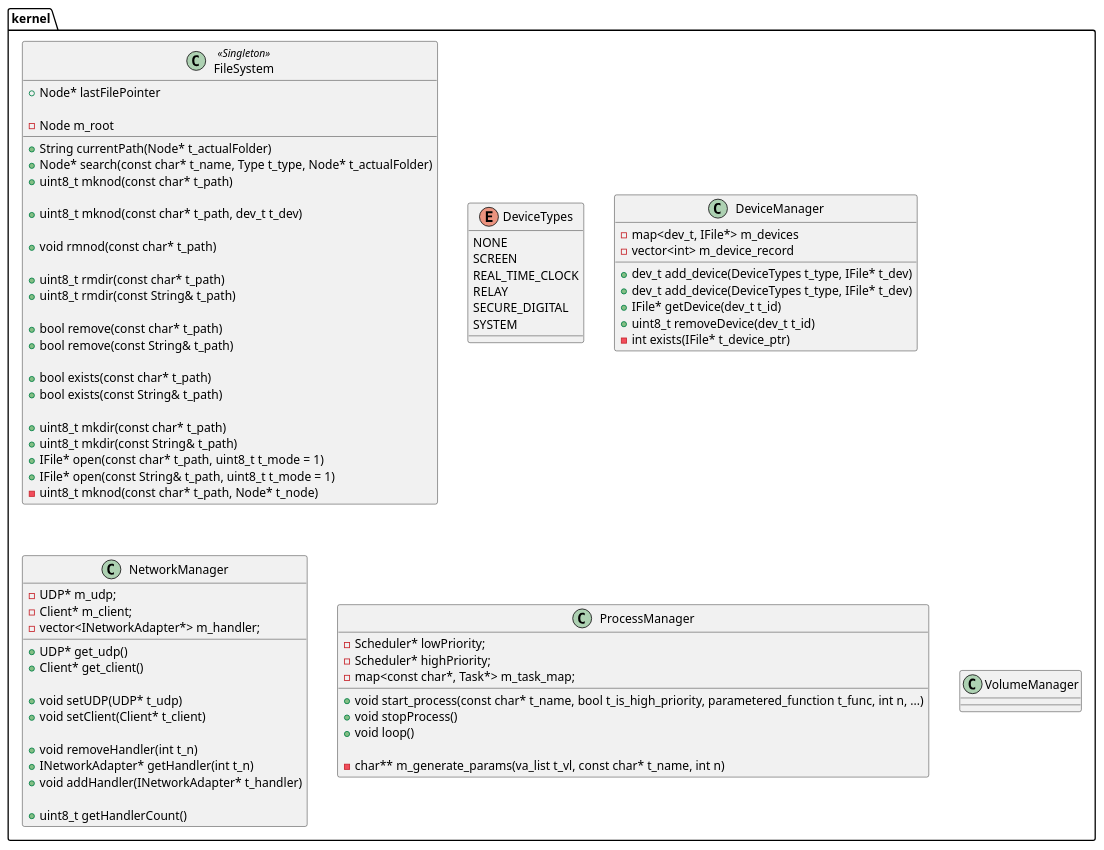
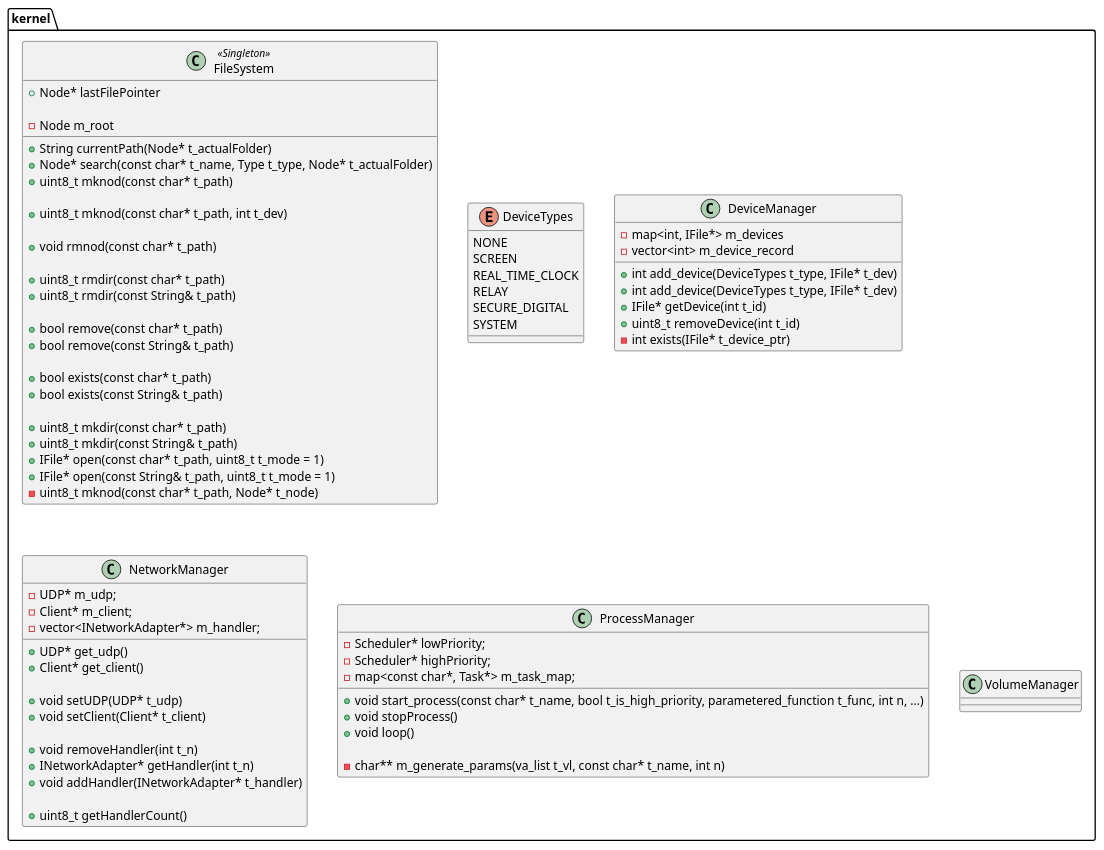
Before and after one commit to Patrik119HUN/HomeEmbeddedOs: the diagram in kernel.puml, drawn with PlantUML. The commit also changed 5 other files, not shown here.

```diff
--- a/kernel.puml
+++ b/kernel.puml
@@ -1,81 +1,81 @@
 @startuml Kernel
 package "kernel"{
     class FileSystem << Singleton >>{
         + String currentPath(Node* t_actualFolder)
         + Node* search(const char* t_name, Type t_type, Node* t_actualFolder)
         + uint8_t mknod(const char* t_path)
 
-        + uint8_t mknod(const char* t_path, dev_t t_dev)
+        + uint8_t mknod(const char* t_path, int t_dev)
 
         + void rmnod(const char* t_path)
 
         + uint8_t rmdir(const char* t_path)
         + uint8_t rmdir(const String& t_path)
 
         + bool remove(const char* t_path)
         + bool remove(const String& t_path)
 
         + bool exists(const char* t_path)
         + bool exists(const String& t_path)
 
         + uint8_t mkdir(const char* t_path)
         + uint8_t mkdir(const String& t_path)
         + IFile* open(const char* t_path, uint8_t t_mode = 1)
         + IFile* open(const String& t_path, uint8_t t_mode = 1)
         + Node* lastFilePointer
 
         - uint8_t mknod(const char* t_path, Node* t_node)
         - Node m_root
     }
 
     enum DeviceTypes{
         NONE
         SCREEN
         REAL_TIME_CLOCK
         RELAY
         SECURE_DIGITAL
         SYSTEM
     }
     class DeviceManager {
-        + dev_t add_device(DeviceTypes t_type, IFile* t_dev)
-        + dev_t add_device(DeviceTypes t_type, IFile* t_dev)
-        + IFile* getDevice(dev_t t_id)
-        + uint8_t removeDevice(dev_t t_id)
+        + int add_device(DeviceTypes t_type, IFile* t_dev)
+        + int add_device(DeviceTypes t_type, IFile* t_dev)
+        + IFile* getDevice(int t_id)
+        + uint8_t removeDevice(int t_id)
 
-        - map<dev_t, IFile*> m_devices
+        - map<int, IFile*> m_devices
         - vector<int> m_device_record
         - int exists(IFile* t_device_ptr)
     }
     class NetworkManager{
         + UDP* get_udp()
         + Client* get_client()
 
         + void setUDP(UDP* t_udp)
         + void setClient(Client* t_client)
 
         + void removeHandler(int t_n)
         + INetworkAdapter* getHandler(int t_n)
         + void addHandler(INetworkAdapter* t_handler)
 
         + uint8_t getHandlerCount()
 
         - UDP* m_udp;
         - Client* m_client;
         - vector<INetworkAdapter*> m_handler;
     }
     class ProcessManager{
         + void start_process(const char* t_name, bool t_is_high_priority, parametered_function t_func, int n, ...)
         + void stopProcess()
         + void loop()
 
         - char** m_generate_params(va_list t_vl, const char* t_name, int n)
         - Scheduler* lowPriority;
         - Scheduler* highPriority;
         - map<const char*, Task*> m_task_map;
     }
     class VolumeManager{
 
     }
 
 }
 @enduml
```
